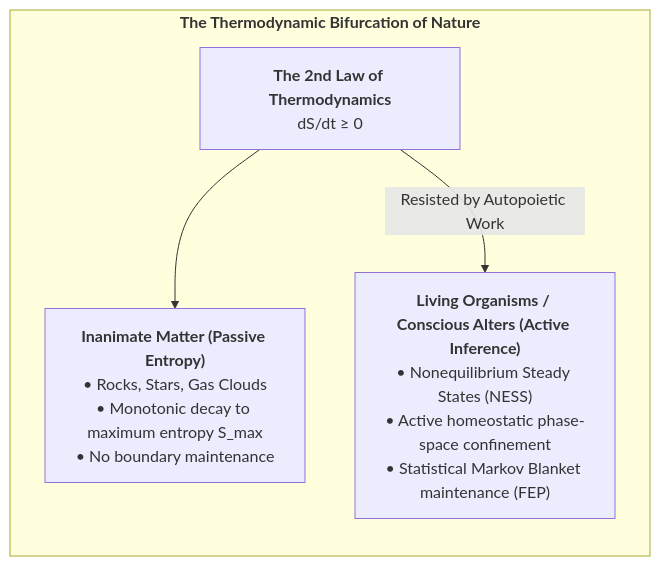
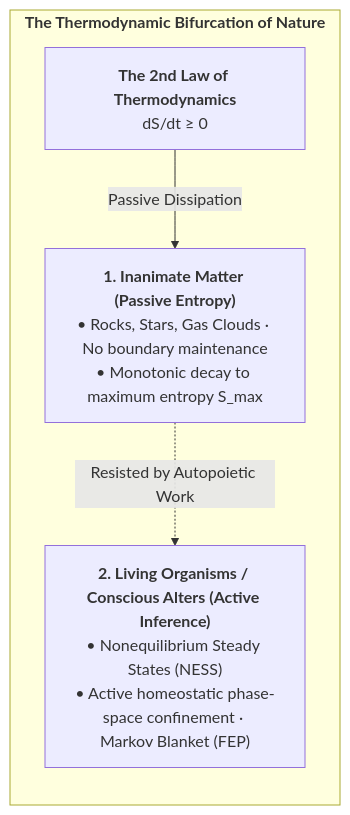
One commit to Thriebl/active-inference-phi-network changed the first of 7 diagrams in book/manuscript_en/02_cybernetic_engine_free_energy_principle.md. Above: the diagram before and after it, drawn with Mermaid. The commit also changed other lines of this file and 16 other files, not shown here.

Commit message:
Enhance English monograph: standardize chart sizing, number figures/statements/tables, add lists before App E, link open-source repo

````diff
--- a/book/manuscript_en/02_cybernetic_engine_free_energy_principle.md
+++ b/book/manuscript_en/02_cybernetic_engine_free_energy_principle.md
@@ -21,15 +21,15 @@
 ```mermaid
 flowchart TD
     subgraph THERMODYNAMICS["<b>The Thermodynamic Bifurcation of Nature</b>"]
         direction TB
         
-        INANIMATE["<b>Inanimate Matter (Passive Entropy)</b><br>• Rocks, Stars, Gas Clouds<br>• Monotonic decay to maximum entropy S_max<br>• No boundary maintenance"]
-        
-        LIVING["<b>Living Organisms / Conscious Alters (Active Inference)</b><br>• Nonequilibrium Steady States (NESS)<br>• Active homeostatic phase-space confinement<br>• Statistical Markov Blanket maintenance (FEP)"]
-        
         LAW["<b>The 2nd Law of Thermodynamics</b><br>dS/dt ≥ 0"]
         
-        LAW --> INANIMATE
-        LAW -->|Resisted by Autopoietic Work| LIVING
+        INANIMATE["<b>1. Inanimate Matter (Passive Entropy)</b><br>• Rocks, Stars, Gas Clouds · No boundary maintenance<br>• Monotonic decay to maximum entropy S_max"]
+        
+        LIVING["<b>2. Living Organisms / Conscious Alters (Active Inference)</b><br>• Nonequilibrium Steady States (NESS)<br>• Active homeostatic phase-space confinement · Markov Blanket (FEP)"]
+        
+        LAW -->|"Passive Dissipation"| INANIMATE
+        INANIMATE -.->|"Resisted by Autopoietic Work"| LIVING
     end
 ```
````
